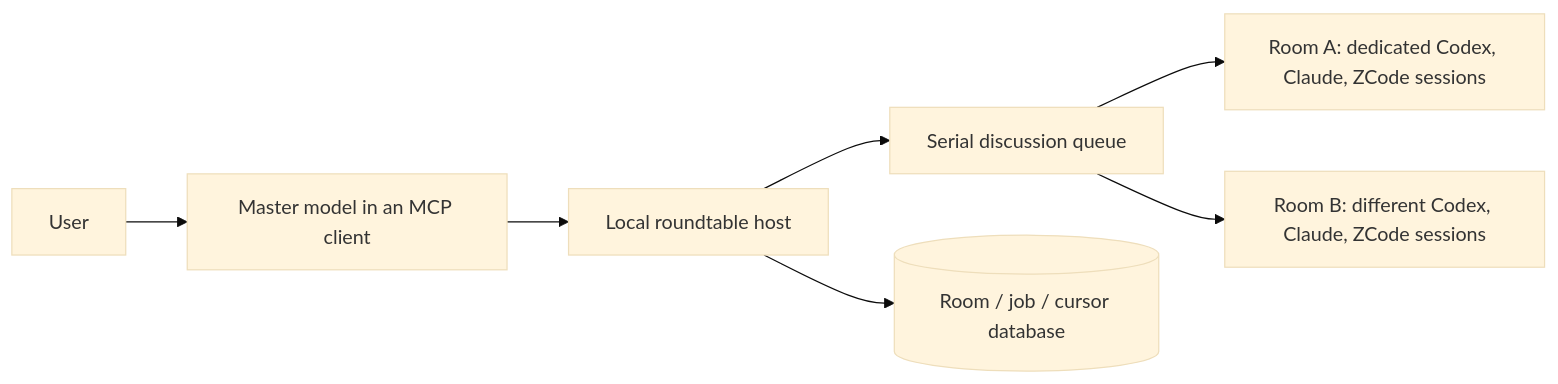
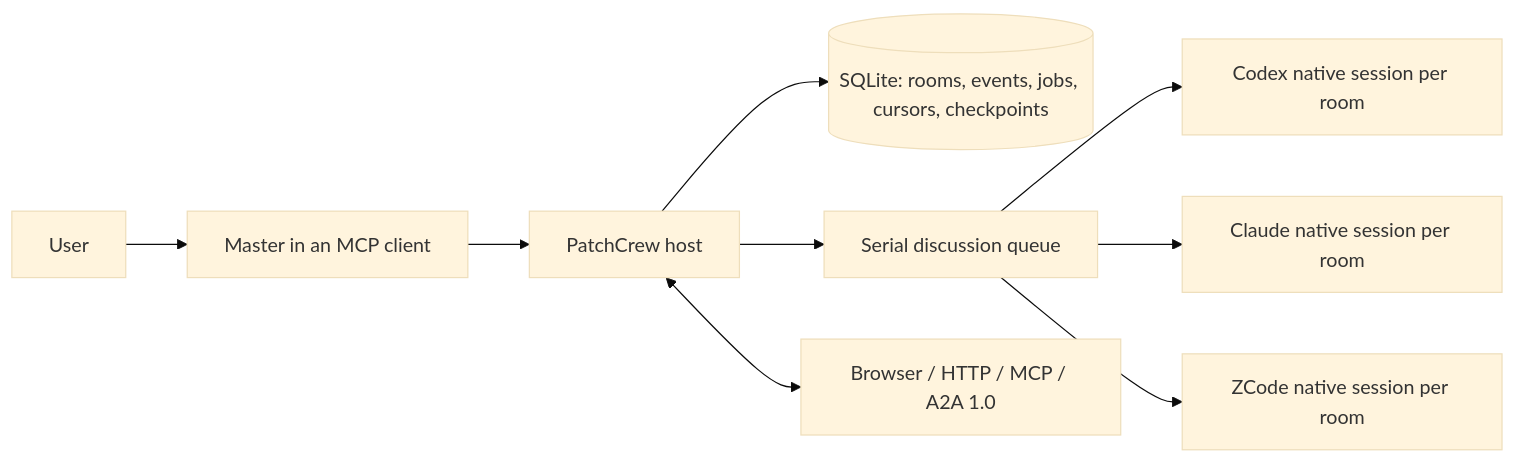
One commit to zhangsensen/a2a-workbench changed the diagram in rooms/README.md. Above: the diagram before and after it, drawn with Mermaid (base theme). The commit also changed other lines of this file and 6 other files, not shown here.

Commit message:
docs: make fused tree the canonical PatchCrew source

````diff
--- a/rooms/README.md
+++ b/rooms/README.md
@@ -21,9 +91,11 @@
 ```mermaid
 flowchart LR
-    U[User] --> M[Master model in an MCP client]
-    M --> H[Local roundtable host]
+    U[User] --> M[Master in an MCP client]
+    M --> H[PatchCrew host]
+    H --> DB[(SQLite: rooms, events, jobs, cursors, checkpoints)]
     H --> Q[Serial discussion queue]
-    H --> DB[(Room / job / cursor database)]
-    Q --> A[Room A: dedicated Codex, Claude, ZCode sessions]
-    Q --> B[Room B: different Codex, Claude, ZCode sessions]
+    Q --> C[Codex native session per room]
+    Q --> A[Claude native session per room]
+    Q --> Z[ZCode native session per room]
+    H <--> I[Browser / HTTP / MCP / A2A 1.0]
 ```
````
